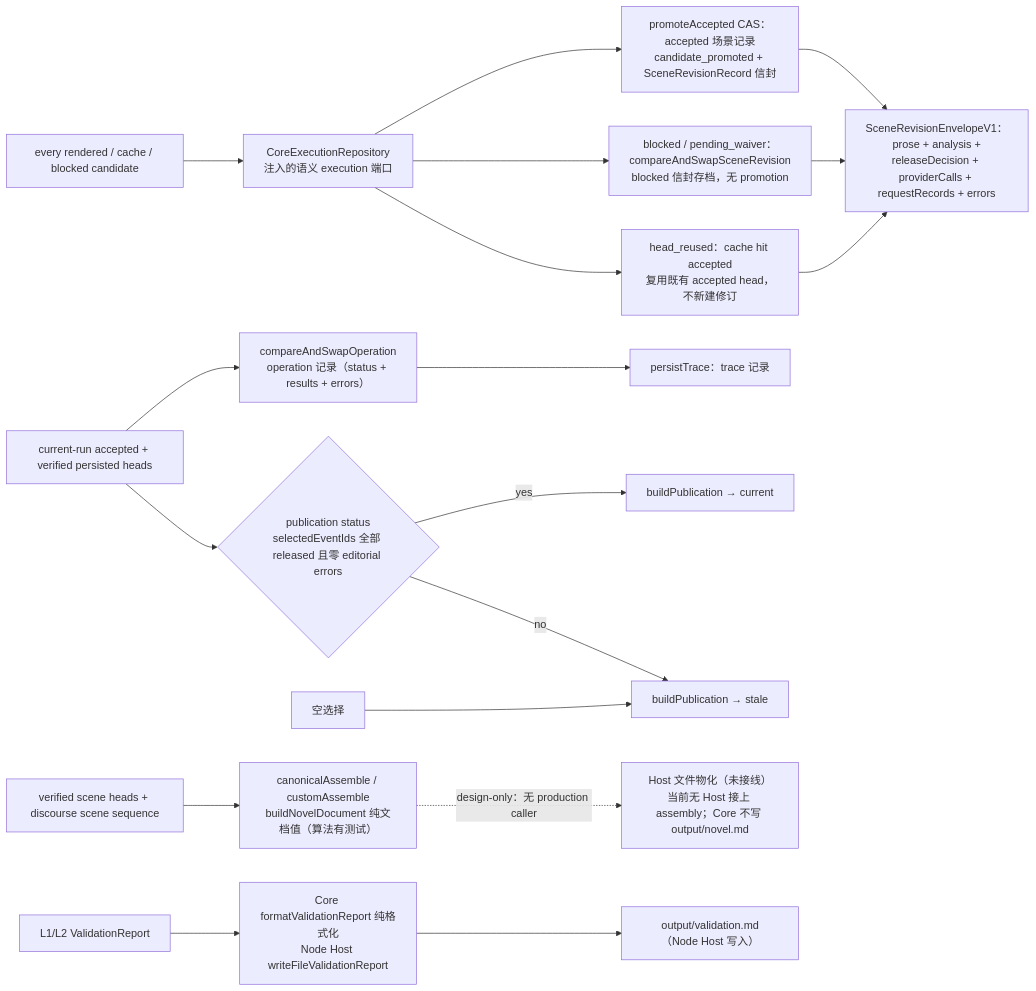
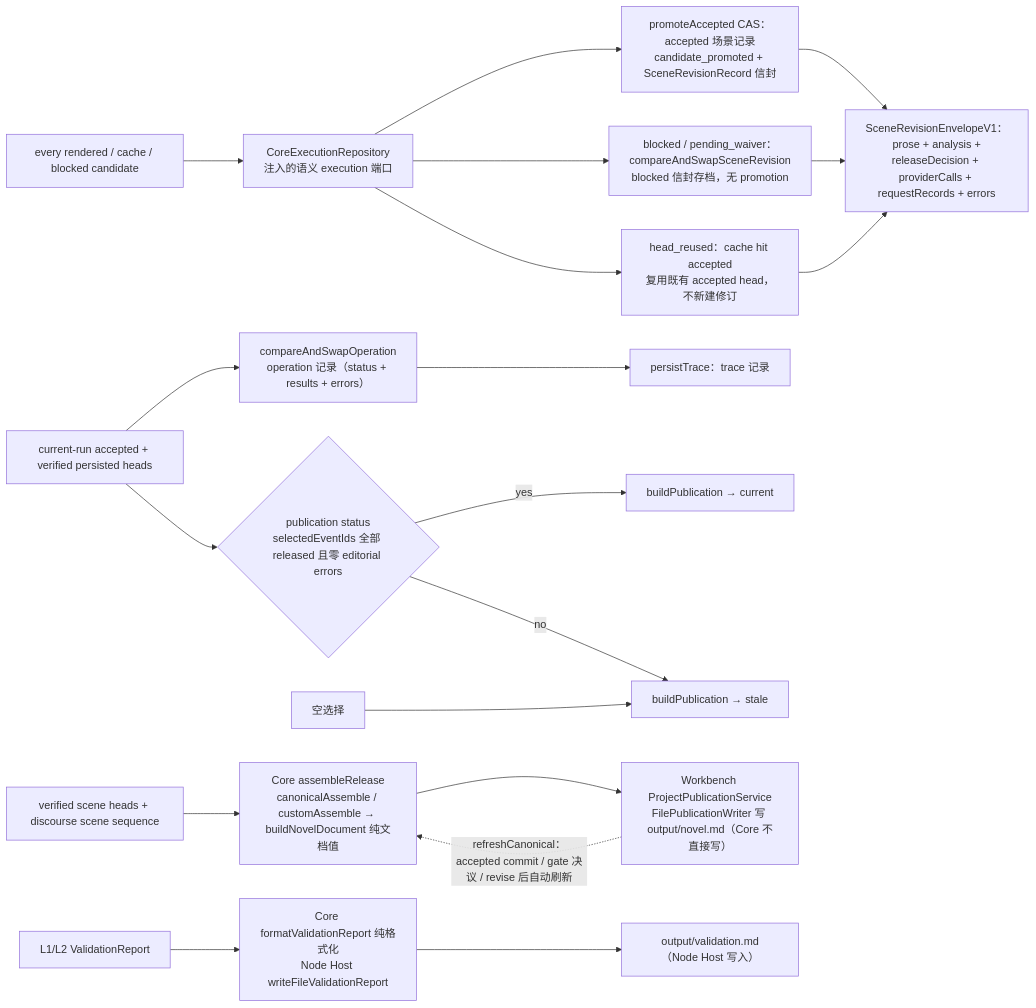
The sixth of 6 diagrams in docs/reference/wiring.md (fltb/fabula), drawn with Mermaid before and after one commit. The commit also changed other lines of this file and 4 other files, not shown here.

````diff
--- a/docs/reference/wiring.md
+++ b/docs/reference/wiring.md
@@ -429,25 +438,26 @@
 ```mermaid
 flowchart LR
   Candidate[every rendered / cache / blocked candidate] --> Exec[CoreExecutionRepository<br/>注入的语义 execution 端口]
   Exec --> Promote[promoteAccepted CAS：accepted 场景记录<br/>candidate_promoted + SceneRevisionRecord 信封]
   Exec --> BlockedArchive[blocked / pending_waiver：compareAndSwapSceneRevision<br/>blocked 信封存档，无 promotion]
   Exec --> Reused[head_reused：cache hit accepted<br/>复用既有 accepted head，不新建修订]
   Promote --> Envelope[SceneRevisionEnvelopeV1：prose + analysis +<br/>releaseDecision + providerCalls + requestRecords + errors]
   BlockedArchive --> Envelope
   Reused --> Envelope
 
   CurrentRun[current-run accepted + verified persisted heads] --> OpRecord[compareAndSwapOperation<br/>operation 记录（status + results + errors）]
   OpRecord --> Trace[persistTrace：trace 记录]
 
   Complete{publication status<br/>selectedEventIds 全部 released 且零 editorial errors}
   CurrentRun --> Complete
   Complete -- yes --> Current[buildPublication → current]
   Complete -- no --> Stale[buildPublication → stale]
   Unchanged[空选择] --> Stale
 
-  NovelData[verified scene heads + discourse scene sequence] --> Assembly[canonicalAssemble / customAssemble<br/>buildNovelDocument 纯文档值（算法有测试）]
-  Assembly -. design-only：无 production caller .-> Materialize[Host 文件物化（未接线）<br/>当前无 Host 接上 assembly；Core 不写 output/novel.md]
+  NovelData[verified scene heads + discourse scene sequence] --> Assembly[Core assembleRelease<br/>canonicalAssemble / customAssemble → buildNovelDocument 纯文档值]
+  Assembly --> Materialize[Workbench ProjectPublicationService<br/>FilePublicationWriter 写 output/novel.md（Core 不直接写）]
+  Materialize -. refreshCanonical：accepted commit / gate 决议 / revise 后自动刷新 .-> Assembly
 
   ReportInput[L1/L2 ValidationReport] --> Reporter[Core formatValidationReport 纯格式化<br/>Node Host writeFileValidationReport]
   Reporter --> Validation[output/validation.md（Node Host 写入）]
 ```
````
